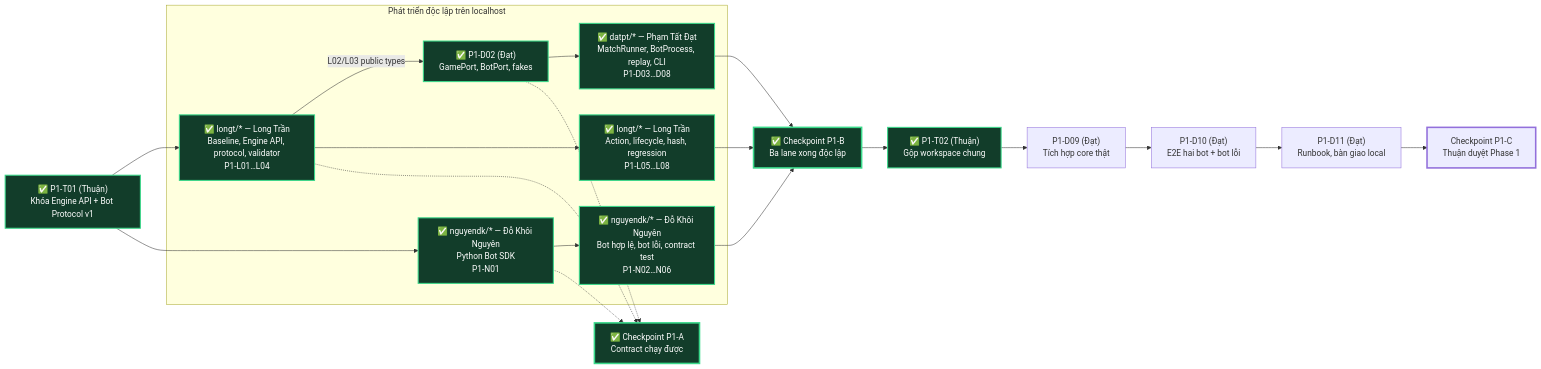
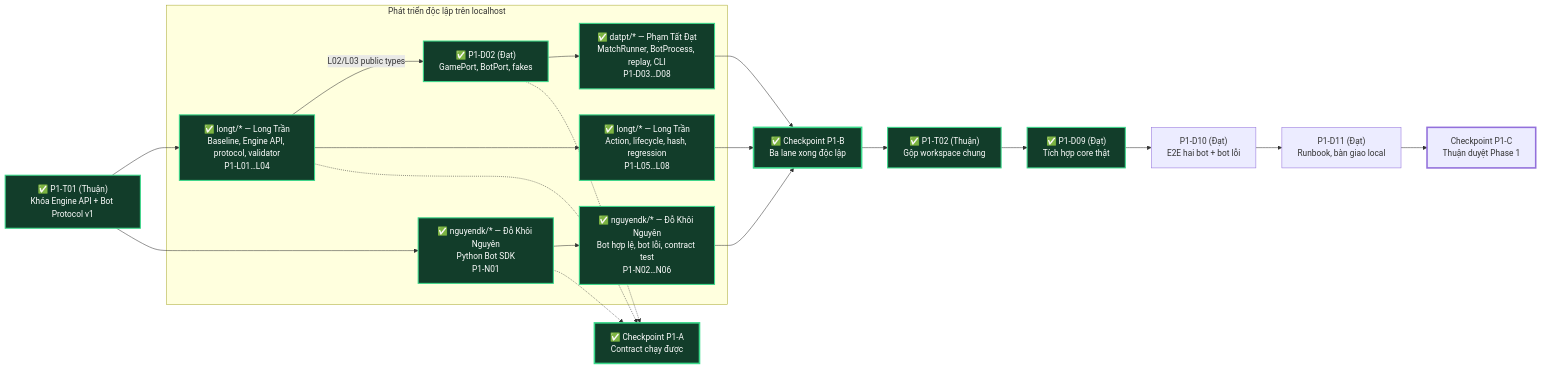
One commit to sock1000kg/dau-giai-ott changed the first of 2 diagrams in docs/team-assignment-phase-1-2.md. Above: the diagram before and after it, drawn with Mermaid. The commit also changed other lines of this file and 8 other files, not shown here.

````diff
--- a/docs/team-assignment-phase-1-2.md
+++ b/docs/team-assignment-phase-1-2.md
@@ -89,36 +89,36 @@
 ```mermaid
 flowchart LR
     T01["✅ P1-T01 (Thuận)<br/>Khóa Engine API + Bot Protocol v1"]
 
     subgraph LANES["Phát triển độc lập trên localhost"]
         L1["✅ longt/* — Long Trần<br/>Baseline, Engine API, protocol, validator<br/>P1-L01…L04"]
         L2["✅ longt/* — Long Trần<br/>Action, lifecycle, hash, regression<br/>P1-L05…L08"]
         N1["✅ nguyendk/* — Đỗ Khôi Nguyên<br/>Python Bot SDK<br/>P1-N01"]
         N2["✅ nguyendk/* — Đỗ Khôi Nguyên<br/>Bot hợp lệ, bot lỗi, contract test<br/>P1-N02…N06"]
         D1["✅ P1-D02 (Đạt)<br/>GamePort, BotPort, fakes"]
         D2["✅ datpt/* — Phạm Tất Đạt<br/>MatchRunner, BotProcess, replay, CLI<br/>P1-D03…D08"]
     end
 
     PA["✅ Checkpoint P1-A<br/>Contract chạy được"]
     PB["✅ Checkpoint P1-B<br/>Ba lane xong độc lập"]
     T02["✅ P1-T02 (Thuận)<br/>Gộp workspace chung"]
-    D9["P1-D09 (Đạt)<br/>Tích hợp core thật"]
+    D9["✅ P1-D09 (Đạt)<br/>Tích hợp core thật"]
     D10["P1-D10 (Đạt)<br/>E2E hai bot + bot lỗi"]
     D11["P1-D11 (Đạt)<br/>Runbook, bàn giao local"]
     PC["Checkpoint P1-C<br/>Thuận duyệt Phase 1"]
 
     T01 --> L1
     T01 --> N1
     L1 -->|L02/L03 public types| D1
     L1 --> L2
     N1 --> N2
     D1 --> D2
     L1 & N1 & D1 -.-> PA
     L2 & N2 & D2 --> PB
     PB --> T02 --> D9 --> D10 --> D11 --> PC
 
     classDef done fill:#123d2a,stroke:#39d98a,color:#ffffff,stroke-width:2px;
     classDef gate stroke-width:3px;
-    class T01,L1,L2,N1,N2,D1,D2,PA,PB,T02 done;
+    class T01,L1,L2,N1,N2,D1,D2,PA,PB,T02,D9 done;
     class PA,PB,PC gate;
 ```
````
